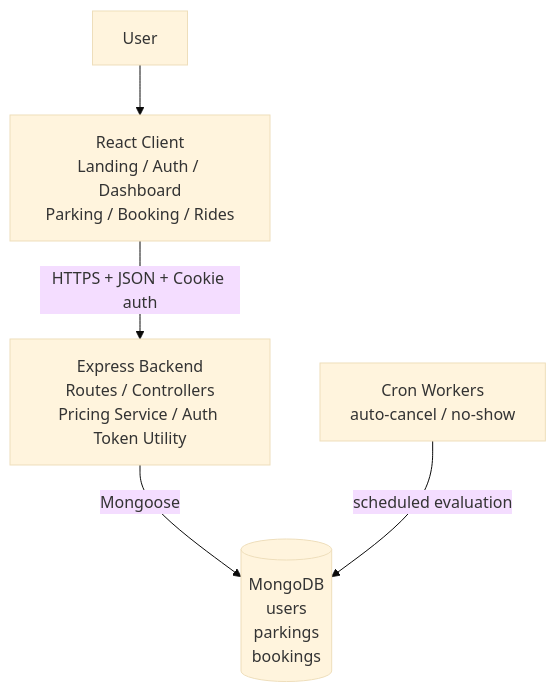
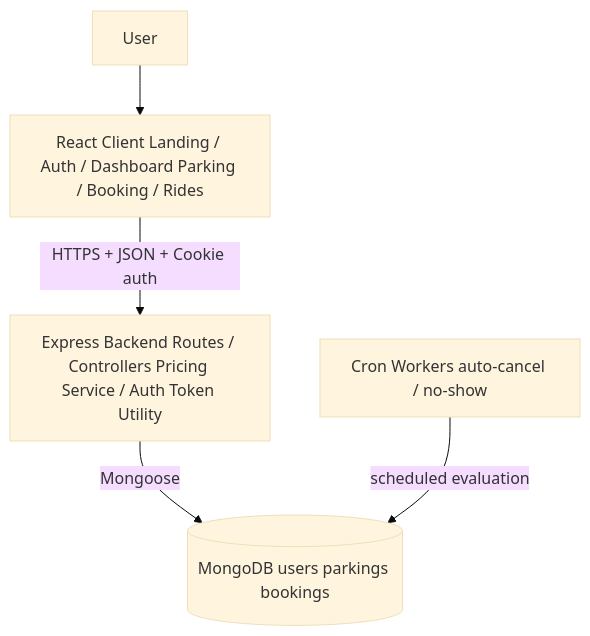
Before and after one commit to Sparsh0508/Park-And-Ride: the fourth of 12 diagrams in README.md, drawn with Mermaid (base theme). The commit also changed other lines of this file, not shown here.

````diff
--- a/README.md
+++ b/README.md
@@ -116,13 +116,13 @@
 ```mermaid
 flowchart TD
     U[User]
-    C[React Client\nLanding / Auth / Dashboard\nParking / Booking / Rides]
-    B[Express Backend\nRoutes / Controllers\nPricing Service / Auth Token Utility]
-    D[(MongoDB\nusers\nparkings\nbookings)]
-    W[Cron Workers\nauto-cancel / no-show]
+    C[React Client Landing / Auth / Dashboard Parking / Booking / Rides]
+    B[Express Backend Routes / Controllers Pricing Service / Auth Token Utility]
+    D[(MongoDB users parkings bookings)]
+    W[Cron Workers auto-cancel / no-show]
 
     U --> C
     C -->|HTTPS + JSON + Cookie auth| B
     B -->|Mongoose| D
     W -->|scheduled evaluation| D
 ```
````
